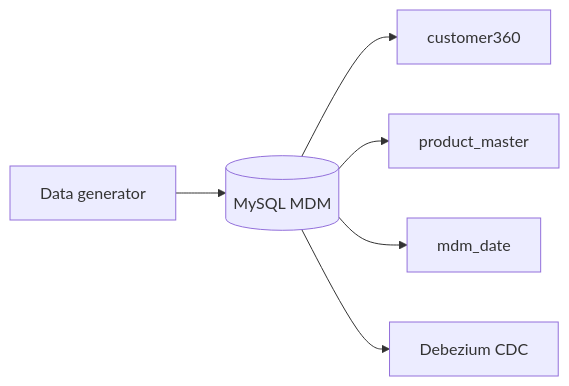
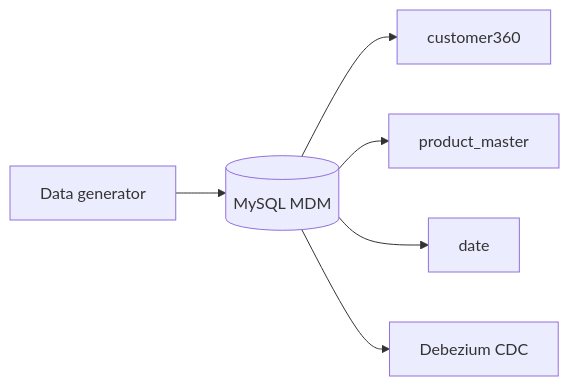
Before and after one commit to paulchen8206/Full-Stack-Modern-Data-Architecture-and-Engineering: the first of 2 diagrams in source-apps/mdm-source/readme.md, drawn with Mermaid. The commit also changed other lines of this file and 9 other files, not shown here.

````diff
--- a/source-apps/mdm-source/readme.md
+++ b/source-apps/mdm-source/readme.md
@@ -23,15 +23,15 @@
 ```mermaid
 flowchart LR
 	GEN[Data generator]
 	MYSQL[(MySQL MDM)]
 	C360[customer360]
 	PM[product_master]
-	D[mdm_date]
+	D[date]
 	CDC[Debezium CDC]
 
 	GEN --> MYSQL
 	MYSQL --> C360
 	MYSQL --> PM
 	MYSQL --> D
 	MYSQL --> CDC
 ```
````
